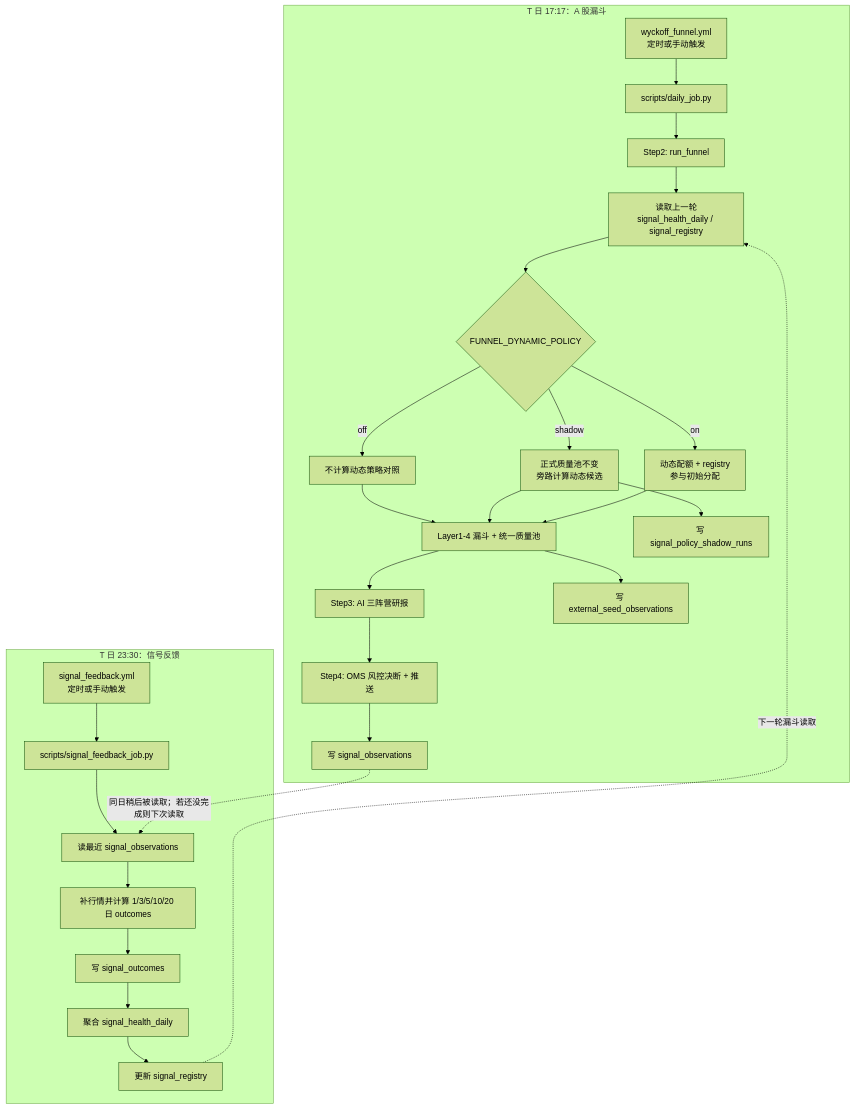
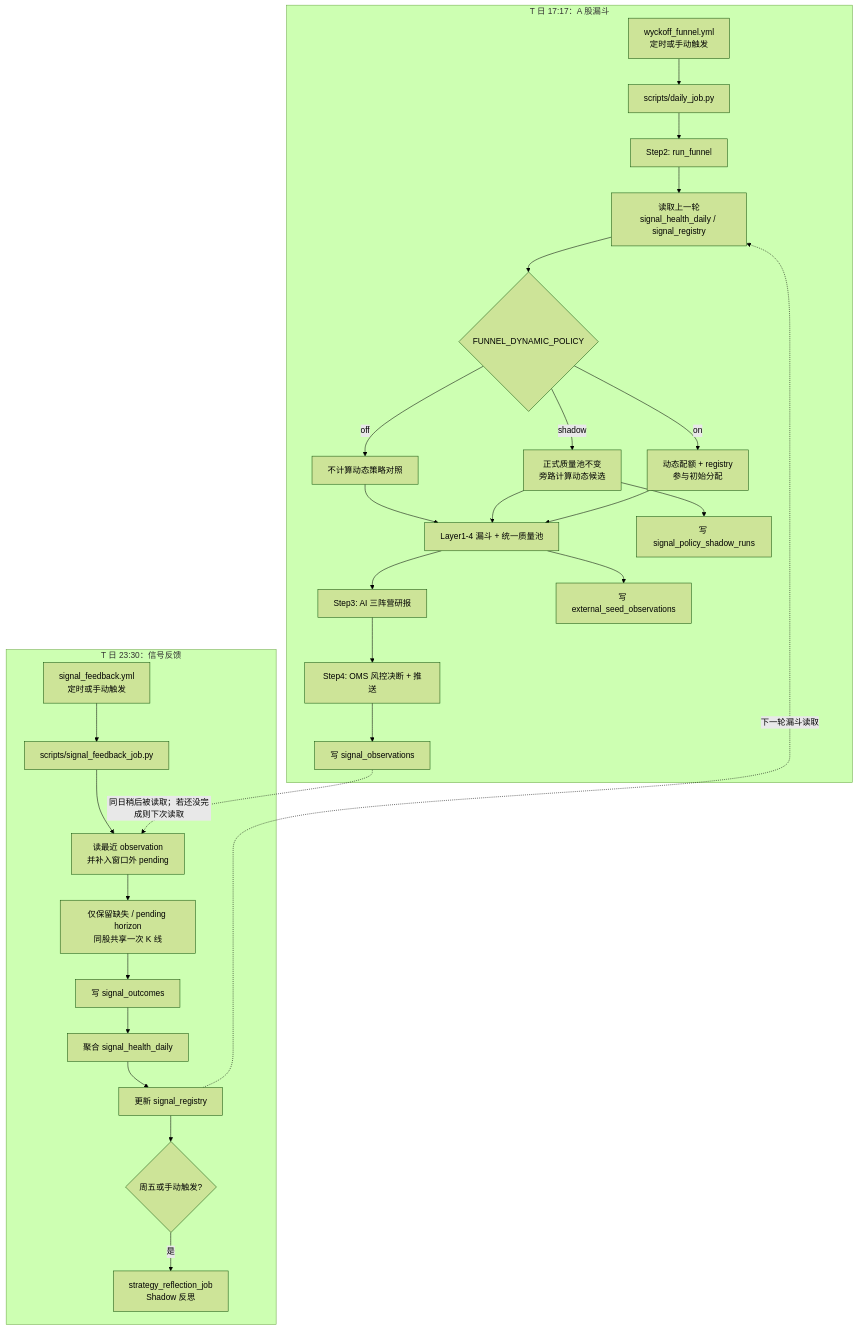
The second of 4 diagrams in docs/SIGNAL_FEEDBACK_LOOP.md (YoungCan-Wang/WyckoffTradingAgent), drawn with Mermaid (forest theme) before and after one commit. The commit also changed other lines of this file and 17 other files, not shown here.

````diff
--- a/docs/SIGNAL_FEEDBACK_LOOP.md
+++ b/docs/SIGNAL_FEEDBACK_LOOP.md
@@ -27,32 +27,34 @@
 ```mermaid
 flowchart TD
   subgraph F["T 日 17:17：A 股漏斗"]
     A["wyckoff_funnel.yml<br/>定时或手动触发"] --> B["scripts/daily_job.py"]
     B --> C["Step2: run_funnel"]
     C --> D["读取上一轮<br/>signal_health_daily / signal_registry"]
     D --> E{"FUNNEL_DYNAMIC_POLICY"}
     E -- "off" --> F1["不计算动态策略对照"]
     E -- "shadow" --> F2["正式质量池不变<br/>旁路计算动态候选"]
     E -- "on" --> F3["动态配额 + registry<br/>参与初始分配"]
     F1 --> G["Layer1-4 漏斗 + 统一质量池"]
     F2 --> G
     F3 --> G
     G --> H["Step3: AI 三阵营研报"]
     H --> I["Step4: OMS 风控决断 + 推送"]
     I --> J["写 signal_observations"]
     G --> X["写 external_seed_observations"]
     F2 --> K["写 signal_policy_shadow_runs"]
   end
 
   subgraph R["T 日 23:30：信号反馈"]
     L["signal_feedback.yml<br/>定时或手动触发"] --> M["scripts/signal_feedback_job.py"]
-    M --> N["读最近 signal_observations"]
-    N --> O["补行情并计算 1/3/5/10/20 日 outcomes"]
+    M --> N["读最近 observation<br/>并补入窗口外 pending"]
+    N --> O["仅保留缺失 / pending horizon<br/>同股共享一次 K 线"]
     O --> P["写 signal_outcomes"]
     P --> Q["聚合 signal_health_daily"]
     Q --> S["更新 signal_registry"]
+    S --> T{"周五或手动触发?"}
+    T -- "是" --> U["strategy_reflection_job<br/>Shadow 反思"]
   end
 
   J -. "同日稍后被读取；若还没完成则下次读取" .-> N
   S -. "下一轮漏斗读取" .-> D
 ```
````
